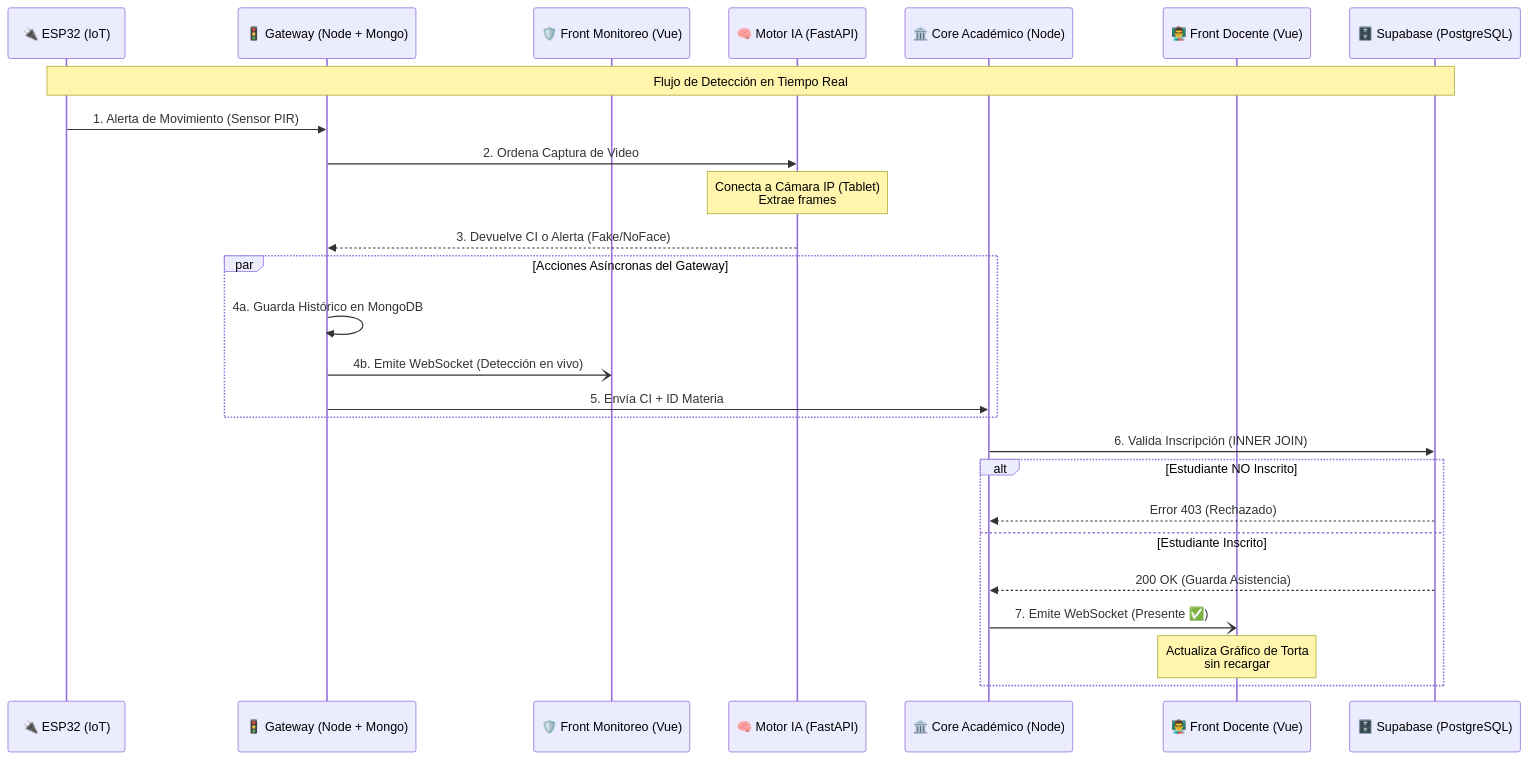
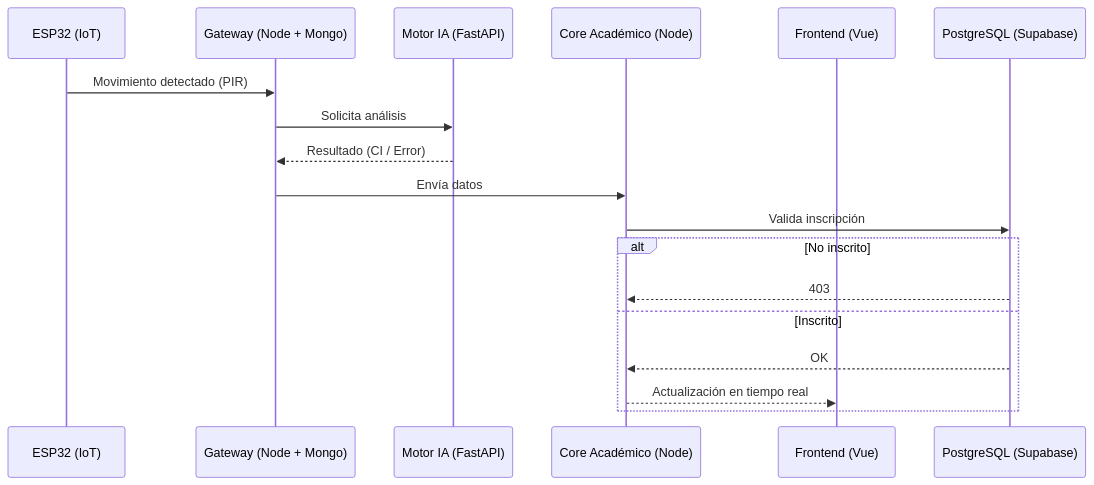
The diagram in README.md (DiegoLaguna-17/Servicios_proyecto_IOT), drawn with Mermaid before and after one commit. The commit also changed other lines of this file, not shown here.

````diff
--- a/README.md
+++ b/README.md
@@ -34,31 +37,23 @@
 ```mermaid
 sequenceDiagram
-    participant E as 🔌 ESP32 (IoT)
-    participant G as 🚦 Gateway (Node + Mongo)
-    participant M as 🛡️ Front Monitoreo (Vue)
-    participant I as 🧠 Motor IA (FastAPI)
-    participant C as 🏛️ Core Académico (Node)
-    participant F as 👨‍🏫 Front Docente (Vue)
-    participant S as 🗄️ Supabase (PostgreSQL)
+    participant E as ESP32 (IoT)
+    participant G as Gateway (Node + Mongo)
+    participant I as Motor IA (FastAPI)
+    participant C as Core Académico (Node)
+    participant F as Frontend (Vue)
+    participant S as PostgreSQL (Supabase)
 
-    Note over E,S: Flujo de Detección en Tiempo Real
-    E->>G: 1. Alerta de Movimiento (Sensor PIR)
-    G->>I: 2. Ordena Captura de Video
-    Note over I: Conecta a Cámara IP (Tablet)<br/>Extrae frames
-    I-->>G: 3. Devuelve CI o Alerta (Fake/NoFace)
+    E->>G: Movimiento detectado (PIR)
+    G->>I: Solicita análisis
+    I-->>G: Resultado (CI / Error)
+
+    G->>C: Envía datos
+    C->>S: Valida inscripción
     
-    par Acciones Asíncronas del Gateway
-        G->>G: 4a. Guarda Histórico en MongoDB
-        G-)M: 4b. Emite WebSocket (Detección en vivo)
-        G->>C: 5. Envía CI + ID Materia
+    alt No inscrito
+        S-->>C: 403
+    else Inscrito
+        S-->>C: OK
+        C-->>F: Actualización en tiempo real
     end
-
-    C->>S: 6. Valida Inscripción (INNER JOIN)
-    alt Estudiante NO Inscrito
-        S-->>C: Error 403 (Rechazado)
-    else Estudiante Inscrito
-        S-->>C: 200 OK (Guarda Asistencia)
-        C-)F: 7. Emite WebSocket (Presente ✅)
-        Note over F: Actualiza Gráfico de Torta<br/>sin recargar
-end
 ```
````
